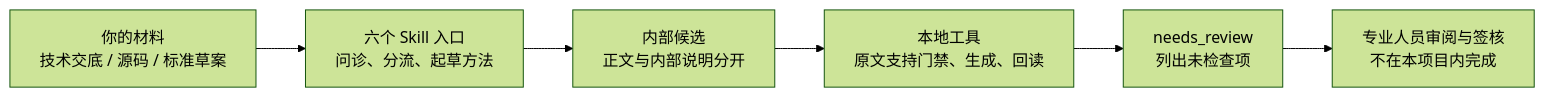
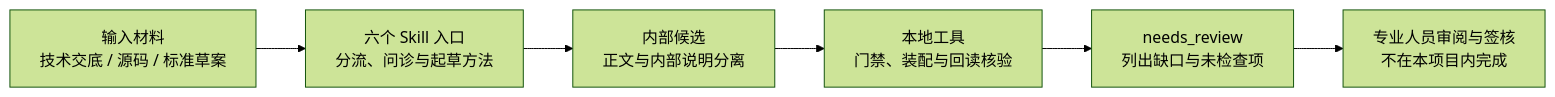
The diagram in README.md (duyunzhoudyz/dyz-patent-copyright-skills), drawn with Mermaid (forest theme) before and after one commit. The commit also changed other lines of this file and 1 other file, not shown here.

````diff
--- a/README.md
+++ b/README.md
@@ -146,8 +184,8 @@
 ```mermaid
 flowchart LR
-    a["你的材料<br/>技术交底 / 源码 / 标准草案"] --> b["六个 Skill 入口<br/>问诊、分流、起草方法"]
-    b --> c["内部候选<br/>正文与内部说明分开"]
-    c --> d["本地工具<br/>原文支持门禁、生成、回读"]
-    d --> e["needs_review<br/>列出未检查项"]
-    e --> f["专业人员审阅与签核<br/>不在本项目内完成"]
+    input["输入材料<br/>技术交底 / 源码 / 标准草案"] --> skills["六个 Skill 入口<br/>分流、问诊与起草方法"]
+    skills --> draft["内部候选<br/>正文与内部说明分离"]
+    draft --> tools["本地工具<br/>门禁、装配与回读核验"]
+    tools --> review["needs_review<br/>列出缺口与未检查项"]
+    review --> signoff["专业人员审阅与签核<br/>不在本项目内完成"]
 ```
````
